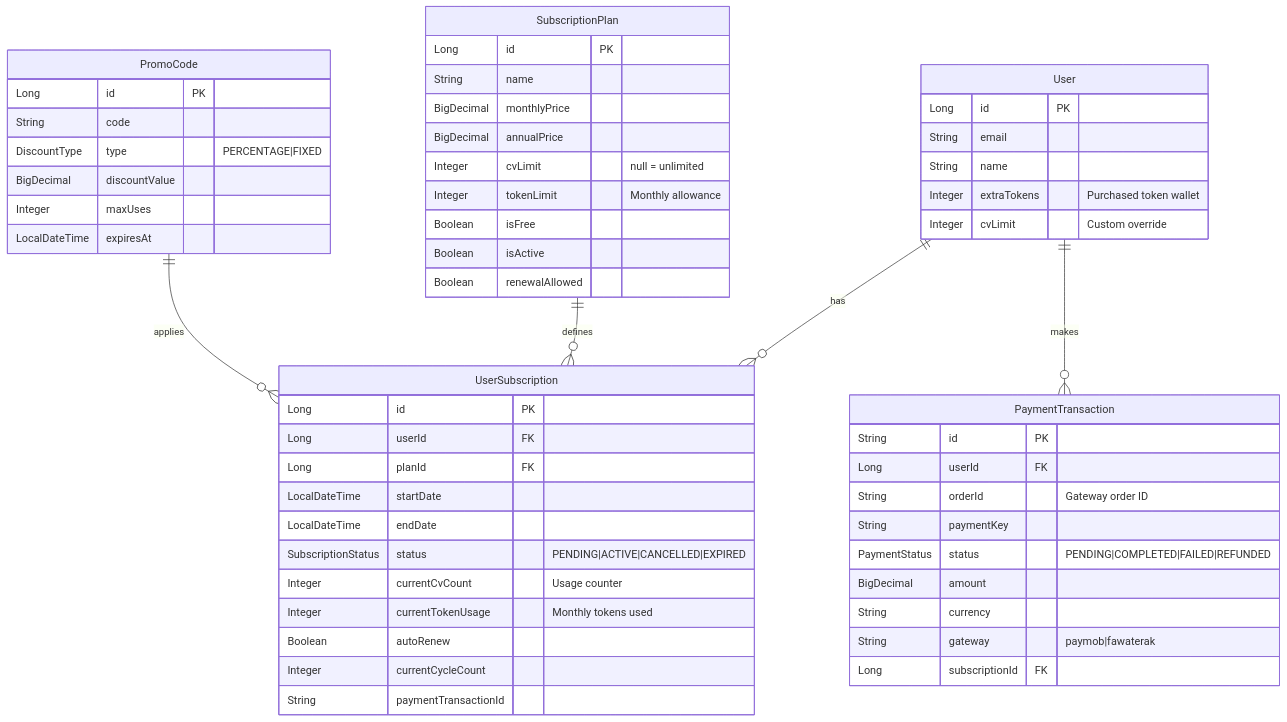
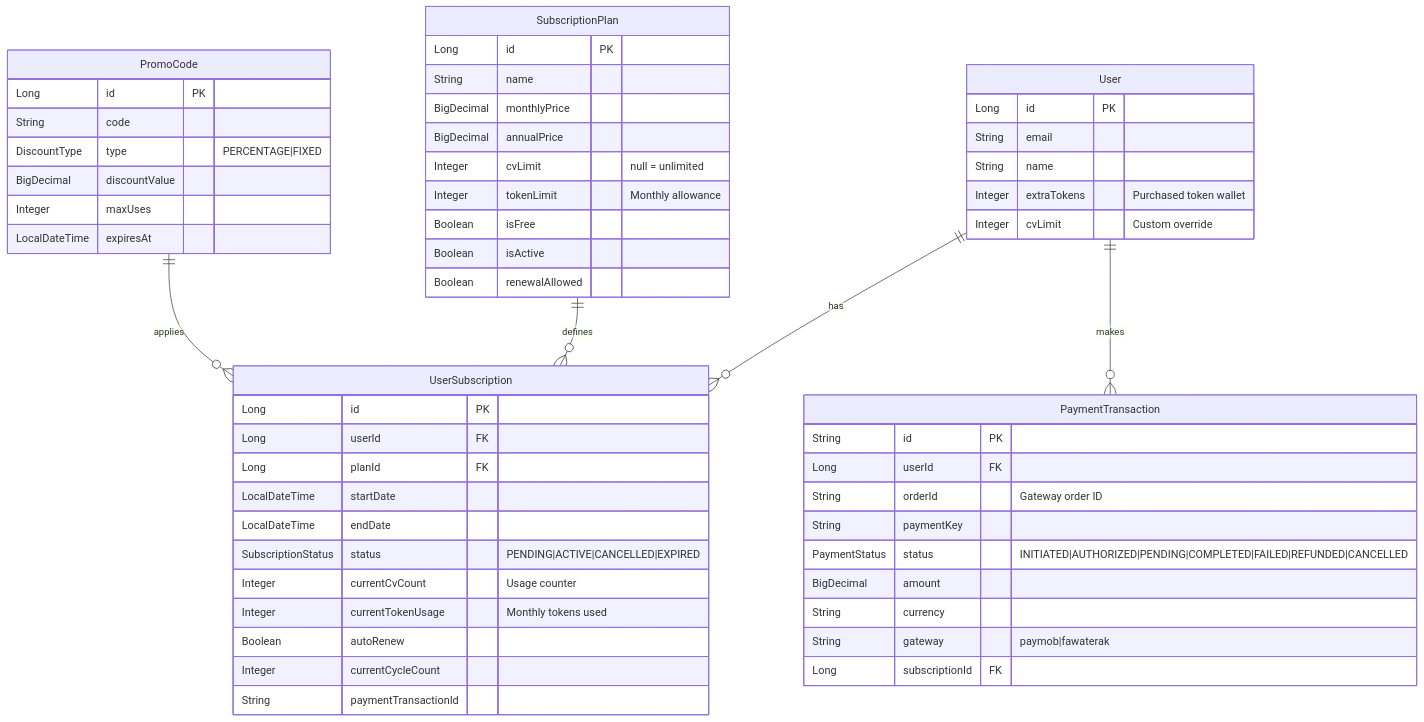
The first of 4 diagrams in ARCHITECTURE.md (EngAbdalrhman/civify), drawn with Mermaid before and after one commit. The commit also changed 10 other files, not shown here.

First line of the commit message:
feat(payment): add append-only payment ledger for lifecycle status tracking

````diff
--- a/ARCHITECTURE.md
+++ b/ARCHITECTURE.md
@@ -7,62 +7,62 @@
 ```mermaid
 erDiagram
     User ||--o{ UserSubscription : has
     User ||--o{ PaymentTransaction : makes
     SubscriptionPlan ||--o{ UserSubscription : defines
     PromoCode ||--o{ UserSubscription : applies
     
     User {
         Long id PK
         String email
         String name
         Integer extraTokens "Purchased token wallet"
         Integer cvLimit "Custom override"
     }
     
     SubscriptionPlan {
         Long id PK
         String name
         BigDecimal monthlyPrice
         BigDecimal annualPrice
         Integer cvLimit "null = unlimited"
         Integer tokenLimit "Monthly allowance"
         Boolean isFree
         Boolean isActive
         Boolean renewalAllowed
     }
     
     UserSubscription {
         Long id PK
         Long userId FK
         Long planId FK
         LocalDateTime startDate
         LocalDateTime endDate
         SubscriptionStatus status "PENDING|ACTIVE|CANCELLED|EXPIRED"
         Integer currentCvCount "Usage counter"
         Integer currentTokenUsage "Monthly tokens used"
         Boolean autoRenew
         Integer currentCycleCount
         String paymentTransactionId
     }
     
     PaymentTransaction {
         String id PK
         Long userId FK
         String orderId "Gateway order ID"
         String paymentKey
-        PaymentStatus status "PENDING|COMPLETED|FAILED|REFUNDED"
+        PaymentStatus status "INITIATED|AUTHORIZED|PENDING|COMPLETED|FAILED|REFUNDED|CANCELLED"
         BigDecimal amount
         String currency
         String gateway "paymob|fawaterak"
         Long subscriptionId FK
     }
     
     PromoCode {
         Long id PK
         String code
         DiscountType type "PERCENTAGE|FIXED"
         BigDecimal discountValue
         Integer maxUses
         LocalDateTime expiresAt
     }
 ```
````
